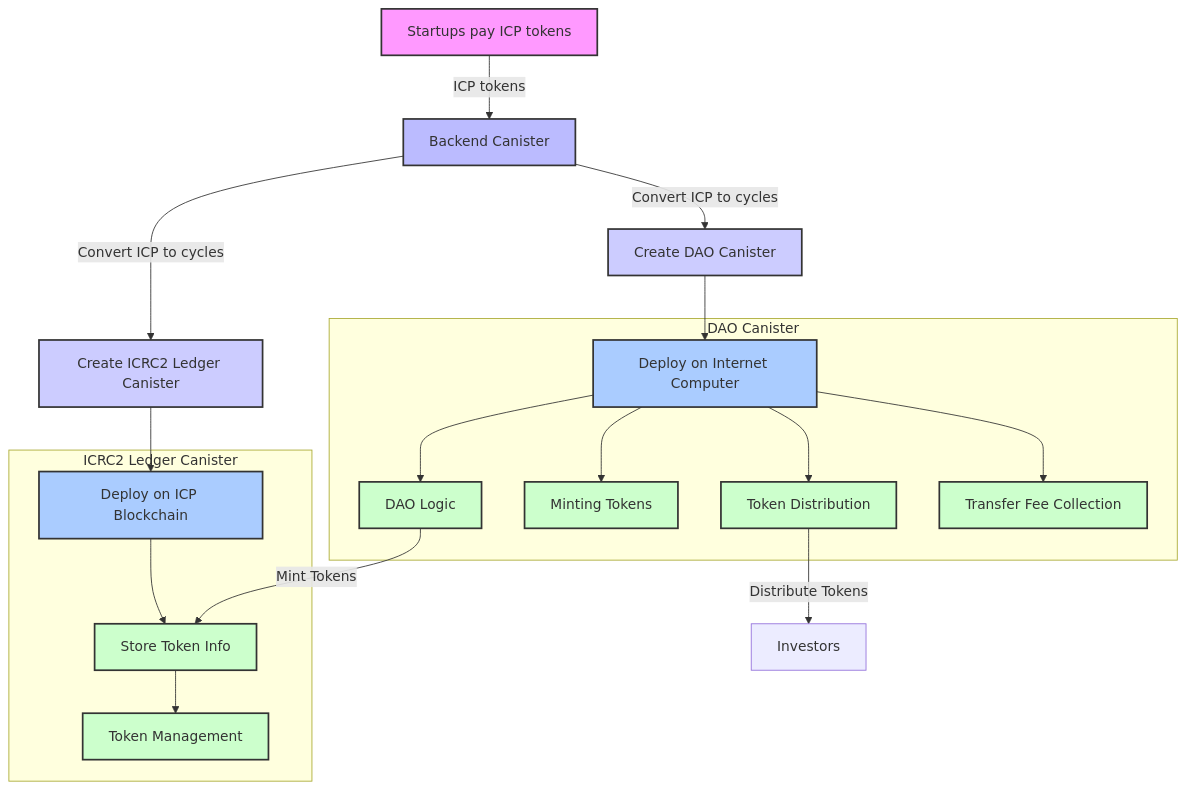
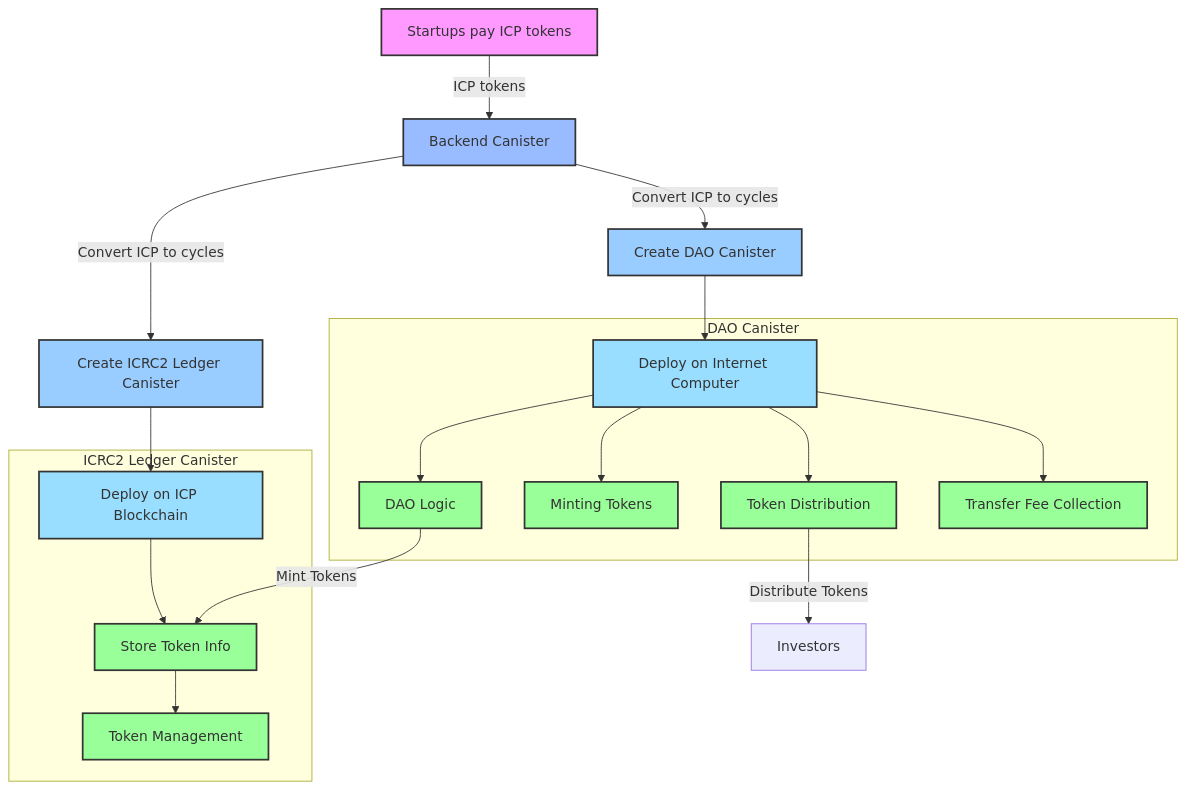
The diagram in WHITEPAPER.md (reorg-icp/Reorg), drawn with Mermaid before and after one commit.

Commit message:
add technical overview

````diff
--- a/WHITEPAPER.md
+++ b/WHITEPAPER.md
@@ -139,41 +139,41 @@
 ```mermaid
 
 graph TD
   A[Startups pay ICP tokens] -->|ICP tokens| B[Backend Canister]
   B -->|Convert ICP to cycles| C[Create DAO Canister]
   B -->|Convert ICP to cycles| D[Create ICRC2 Ledger Canister]
 
   subgraph "DAO Canister"
     E[Deploy on Internet Computer]
     E --> F[DAO Logic]
     E --> G[Minting Tokens]
     E --> H[Token Distribution]
     E --> I[Transfer Fee Collection]
   end
 
   subgraph "ICRC2 Ledger Canister"
     J[Deploy on ICP Blockchain]
     J --> K[Store Token Info]
     K --> L[Token Management]
   end
 
   C --> E
   D --> J
 
   F -->|Mint Tokens| K
   H -->|Distribute Tokens| Investors
 
-  style A fill:#f9f,stroke:#333,stroke-width:2px
-  style B fill:#bbf,stroke:#333,stroke-width:2px
-  style C fill:#ccf,stroke:#333,stroke-width:2px
-  style D fill:#ccf,stroke:#333,stroke-width:2px
-  style E fill:#acf,stroke:#333,stroke-width:2px
-  style J fill:#acf,stroke:#333,stroke-width:2px
-  style F fill:#cfc,stroke:#333,stroke-width:2px
-  style G fill:#cfc,stroke:#333,stroke-width:2px
-  style H fill:#cfc,stroke:#333,stroke-width:2px
-  style I fill:#cfc,stroke:#333,stroke-width:2px
-  style K fill:#cfc,stroke:#333,stroke-width:2px
-  style L fill:#cfc,stroke:#333,stroke-width:2px
+  style A fill:#FF99FF,stroke:#333,stroke-width:2px
+  style B fill:#99BBFF,stroke:#333,stroke-width:2px
+  style C fill:#99CCFF,stroke:#333,stroke-width:2px
+  style D fill:#99CCFF,stroke:#333,stroke-width:2px
+  style E fill:#99DDFF,stroke:#333,stroke-width:2px
+  style J fill:#99DDFF,stroke:#333,stroke-width:2px
+  style F fill:#99FF99,stroke:#333,stroke-width:2px
+  style G fill:#99FF99,stroke:#333,stroke-width:2px
+  style H fill:#99FF99,stroke:#333,stroke-width:2px
+  style I fill:#99FF99,stroke:#333,stroke-width:2px
+  style K fill:#99FF99,stroke:#333,stroke-width:2px
+  style L fill:#99FF99,stroke:#333,stroke-width:2px
 
 ```
````
